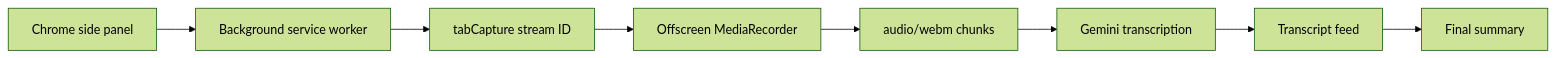
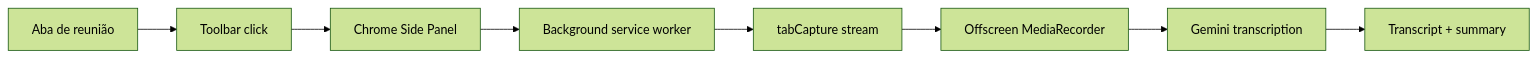
One commit to Keymiuz/Screen-Copilot changed the second of 2 diagrams in README.md. Above: the diagram before and after it, drawn with Mermaid (forest theme). The commit also changed other lines of this file, not shown here.

````diff
--- a/README.md
+++ b/README.md
@@ -100,10 +122,10 @@
 ```mermaid
 flowchart LR
-  A["Chrome side panel"] --> B["Background service worker"]
-  B --> C["tabCapture stream ID"]
-  C --> D["Offscreen MediaRecorder"]
-  D --> E["audio/webm chunks"]
-  E --> F["Gemini transcription"]
-  F --> G["Transcript feed"]
-  G --> H["Final summary"]
+  A["Aba de reunião"] --> B["Toolbar click"]
+  B --> C["Chrome Side Panel"]
+  C --> D["Background service worker"]
+  D --> E["tabCapture stream"]
+  E --> F["Offscreen MediaRecorder"]
+  F --> G["Gemini transcription"]
+  G --> H["Transcript + summary"]
 ```
````
